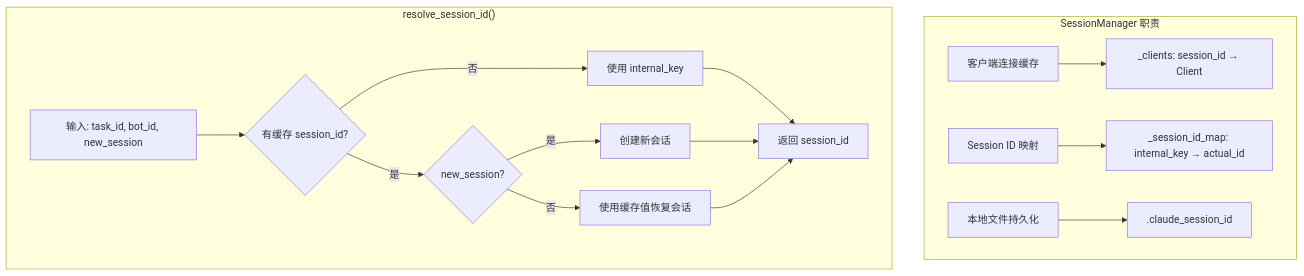
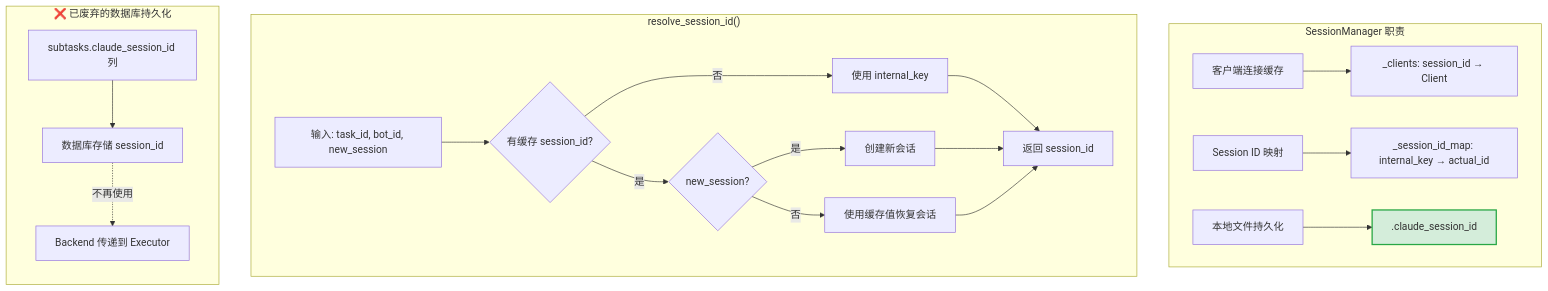
The fourth of 9 diagrams in docs/zh/features/task-restore.md (wecode-ai/Wegent), drawn with Mermaid before and after one commit. The commit also changed other lines of this file, not shown here.

First line of the commit message:
docs(zh): update task restore documentation to reflect database session ID persistence removal

````diff
--- a/docs/zh/features/task-restore.md
+++ b/docs/zh/features/task-restore.md
@@ -152,19 +162,28 @@
 ```mermaid
 flowchart TB
     subgraph SessionManager["SessionManager 职责"]
         A[客户端连接缓存] --> B["_clients: session_id → Client"]
         C[Session ID 映射] --> D["_session_id_map: internal_key → actual_id"]
-        E[本地文件持久化] --> F[".claude_session_id"]
+        E[本地文件持久化] --> F[".claude_session_id"]:::current
     end
 
     subgraph 解析逻辑["resolve_session_id()"]
         G[输入: task_id, bot_id, new_session] --> H{有缓存 session_id?}
         H -->|是| I{new_session?}
         H -->|否| J[使用 internal_key]
         I -->|是| K[创建新会话]
         I -->|否| L[使用缓存值恢复会话]
         J --> M[返回 session_id]
         K --> M
         L --> M
     end
+
+    subgraph 已废弃["❌ 已废弃的数据库持久化"]
+        direction TB
+        N[subtasks.claude_session_id 列] --> O[数据库存储 session_id]
+        O -.->|不再使用| P[Backend 传递到 Executor]
+    end
+
+    classDef current fill:#d4edda,stroke:#28a745,stroke-width:2px
+    classDef deprecated fill:#f8d7da,stroke:#dc3545,stroke-width:2px,stroke-dasharray: 5 5
 ```
````
